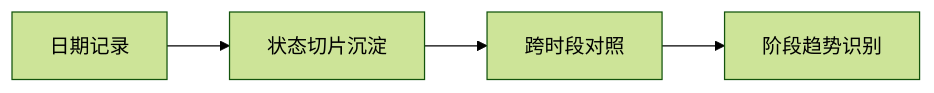
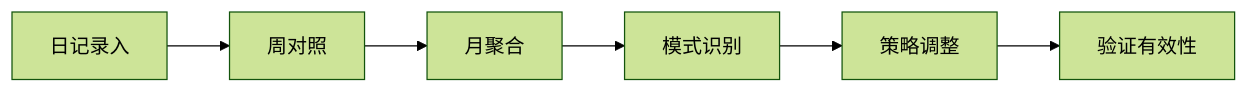
One commit to JimmyWangJimmy/JimmyWangJimmy.github.io changed the second of 2 diagrams in _posts/2026-03-20-六月十六日-普通日期如何成为高信息密度切片.markdown. Above: the diagram before and after it, drawn with Mermaid (forest theme). The commit also changed other lines of this file, not shown here.

````diff
--- a/_posts/2026-03-20-六月十六日-普通日期如何成为高信息密度切片.markdown
+++ b/_posts/2026-03-20-六月十六日-普通日期如何成为高信息密度切片.markdown
@@ -21,6 +66,8 @@
 ```mermaid
 flowchart LR
-    A["日期记录"] --> B["状态切片沉淀"]
-    B --> C["跨时段对照"]
-    C --> D["阶段趋势识别"]
+    A["日记录入"] --> B["周对照"]
+    B --> C["月聚合"]
+    C --> D["模式识别"]
+    D --> E["策略调整"]
+    E --> F["验证有效性"]
 ```
````
